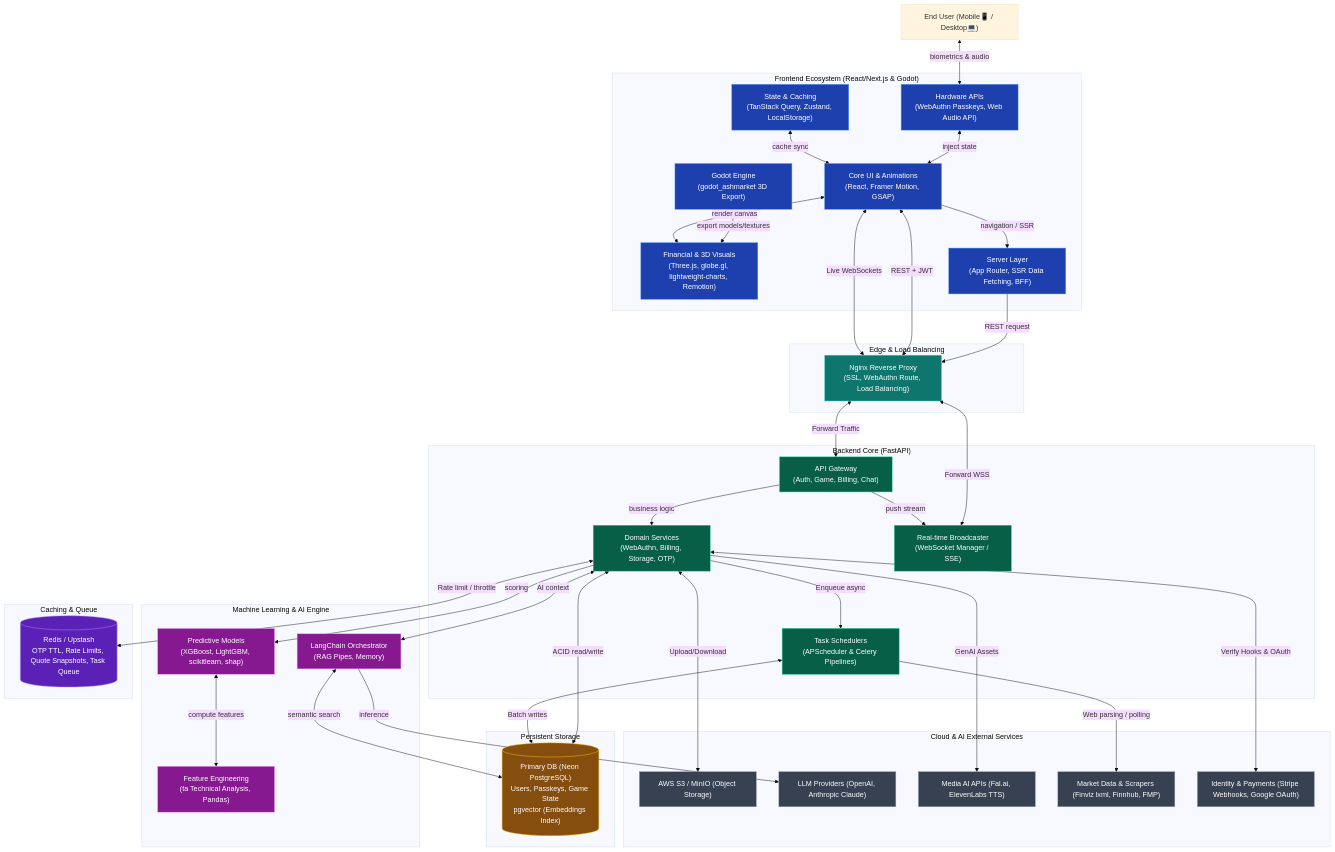
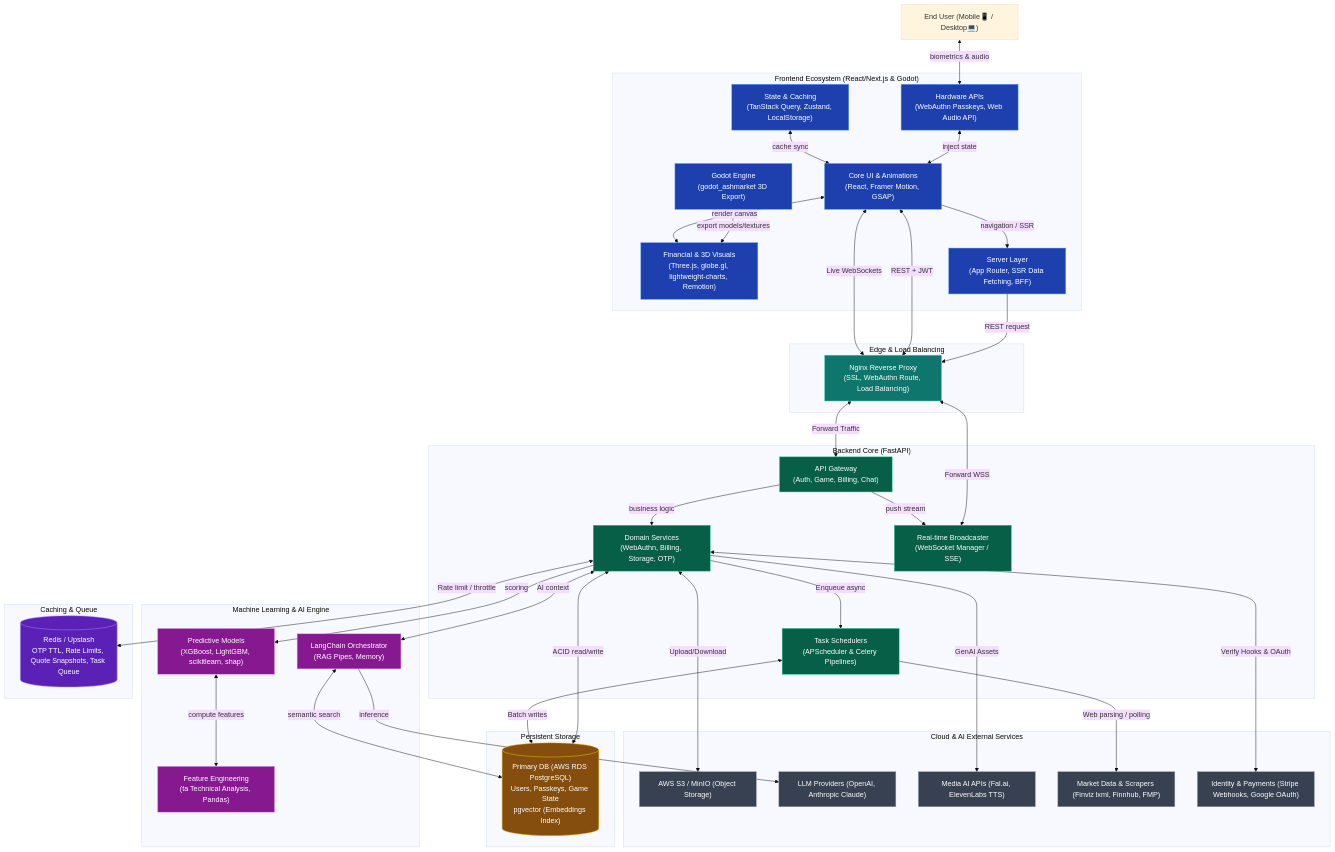
One commit to YashJoshi2109/QuantTrade-AI changed the first of 12 diagrams in README.md. Above: the diagram before and after it, drawn with Mermaid (base theme). The commit also changed other lines of this file and 175 other files, not shown here.

```diff
--- a/README.md
+++ b/README.md
@@ -119,7 +119,7 @@
     end
 
     subgraph Storage ["Persistent Storage"]
-        DB[("Primary DB (Neon PostgreSQL)\nUsers, Passkeys, Game State\npgvector (Embeddings Index)")]
+        DB[("Primary DB (AWS RDS PostgreSQL)\nUsers, Passkeys, Game State\npgvector (Embeddings Index)")]
     end
 
     subgraph CacheLayer ["Caching & Queue"]
```
